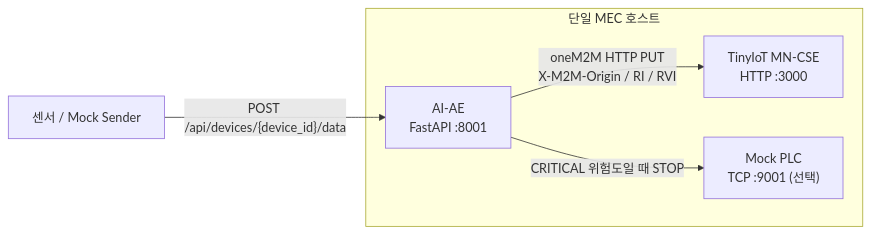
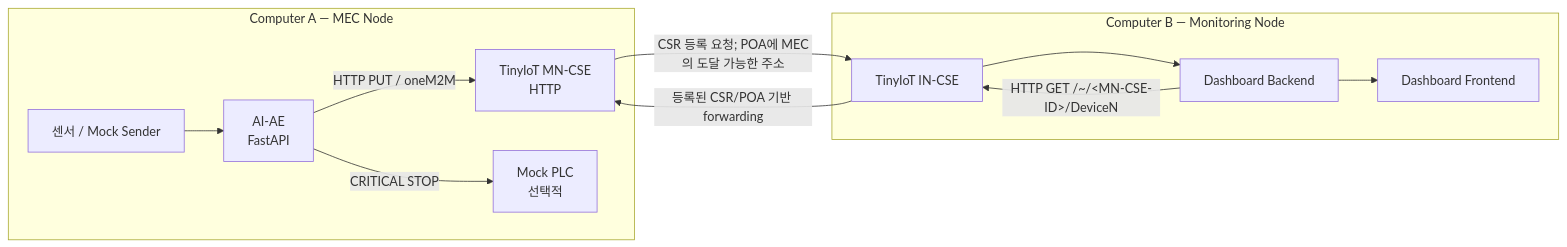
Before and after one commit to seungwon20/oneM2M-project: the diagram in docs/ARCHITECTURE.md, drawn with Mermaid. The commit also changed other lines of this file and 42 other files, not shown here.

Commit message:
commit: dashboard and IN-CSE add

````diff
--- a/docs/ARCHITECTURE.md
+++ b/docs/ARCHITECTURE.md
@@ -19,13 +18,24 @@
 ```mermaid
 flowchart LR
+  subgraph MEC["Computer A — MEC Node"]
     Sensor["센서 / Mock Sender"]
-    subgraph Host["단일 MEC 호스트"]
-        AE["AI-AE<br/>FastAPI :8001"]
-        CSE["TinyIoT MN-CSE<br/>HTTP :3000"]
-        PLC["Mock PLC<br/>TCP :9001 (선택)"]
-    end
+    AE["AI-AE<br/>FastAPI"]
+    MN["TinyIoT MN-CSE<br/>HTTP"]
+    PLC["Mock PLC<br/>선택적"]
+    Sensor --> AE
+    AE -->|"HTTP PUT / oneM2M"| MN
+    AE -->|"CRITICAL STOP"| PLC
+  end
 
-    Sensor -->|"POST /api/devices/{device_id}/data"| AE
-    AE -->|"oneM2M HTTP PUT<br/>X-M2M-Origin / RI / RVI"| CSE
-    AE -->|"CRITICAL 위험도일 때 STOP"| PLC
+  subgraph Monitoring["Computer B — Monitoring Node"]
+    IN["TinyIoT IN-CSE"]
+    Backend["Dashboard Backend"]
+    Frontend["Dashboard Frontend"]
+    IN --> Backend
+    Backend --> Frontend
+  end
+
+  MN -->|"CSR 등록 요청; POA에 MEC의 도달 가능한 주소"| IN
+  Backend -->|"HTTP GET /~/&lt;MN-CSE-ID&gt;/DeviceN"| IN
+  IN -->|"등록된 CSR/POA 기반 forwarding"| MN
 ```
````
